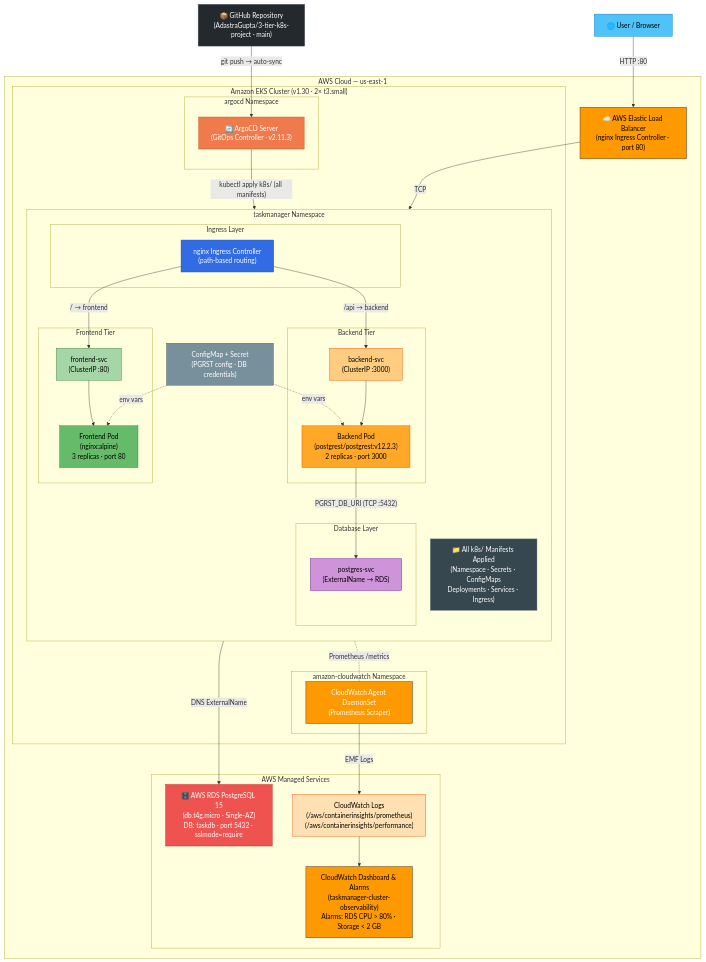
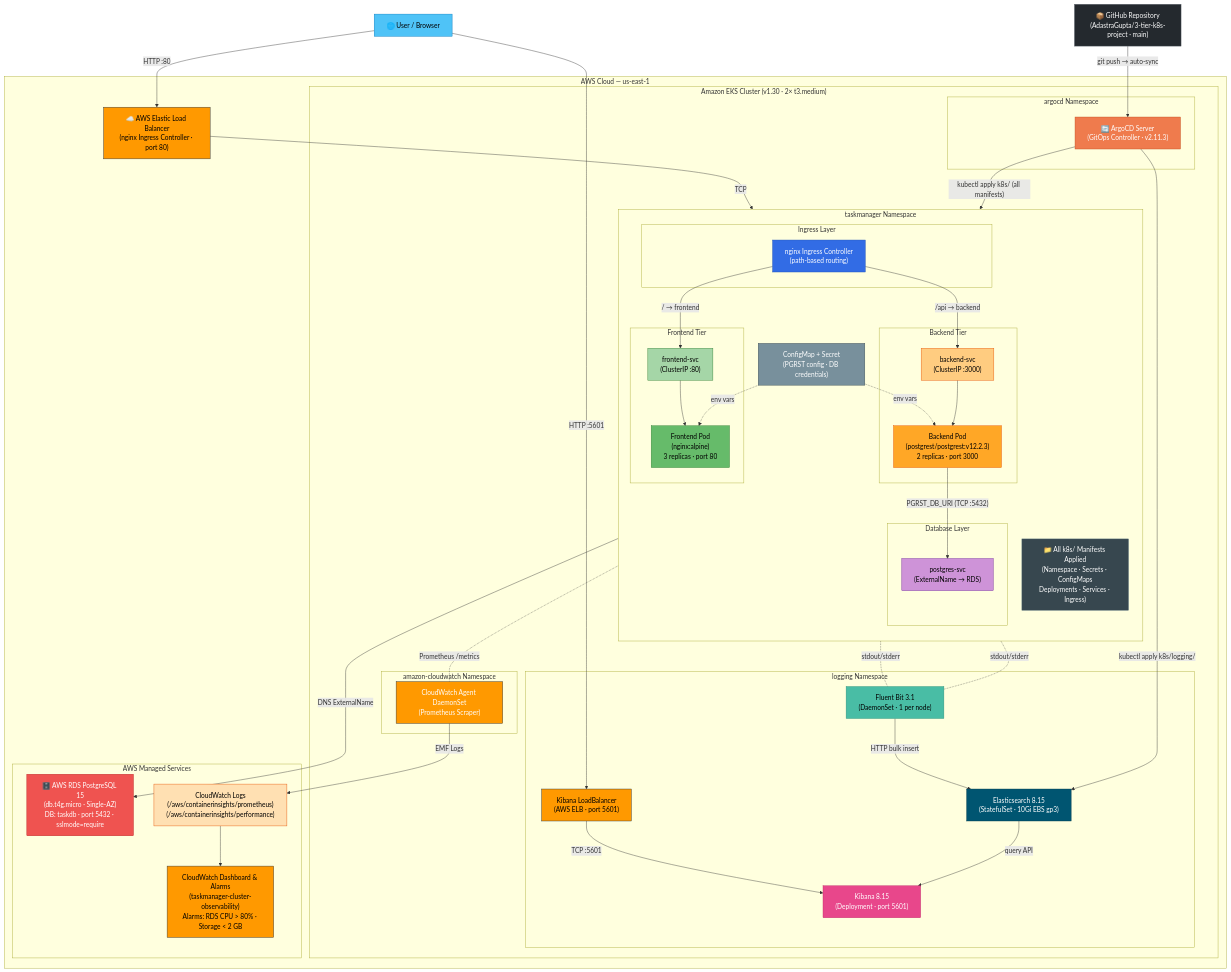
The diagram in README.md (AdastraGupta/3-tier-k8s-project), drawn with Mermaid before and after one commit. The commit also changed other lines of this file and 9 other files, not shown here.

First line of the commit message:
feat: add EFK logging stack (Helm) + Terraform CI/CD pipeline

````diff
--- a/README.md
+++ b/README.md
@@ -12,7 +12,7 @@
     subgraph "AWS Cloud — us-east-1"
         ING_ELB["☁️ AWS Elastic Load Balancer\n(nginx Ingress Controller · port 80)"]
 
-        subgraph "Amazon EKS Cluster (v1.30 · 2× t3.small)"
+        subgraph "Amazon EKS Cluster (v1.30 · 2× t3.medium)"
             subgraph "argocd Namespace"
                 ArgoCD["🔄 ArgoCD Server\n(GitOps Controller · v2.11.3)"]
             end
@@ -46,6 +46,13 @@
             subgraph "amazon-cloudwatch Namespace"
                 CWAgent["CloudWatch Agent DaemonSet\n(Prometheus Scraper)"]
             end
+
+            subgraph "logging Namespace"
+                ES["Elasticsearch 8.15\n(StatefulSet · 10Gi EBS gp3)"]
+                FB["Fluent Bit 3.1\n(DaemonSet · 1 per node)"]
+                KB["Kibana 8.15\n(Deployment · port 5601)"]
+                KB_ELB["Kibana LoadBalancer\n(AWS ELB · port 5601)"]
+            end
         end
 
         subgraph "AWS Managed Services"
@@ -58,6 +65,7 @@
     %% GitOps flow — ArgoCD syncs entire k8s/ dir to the cluster
     GitHub -->|"git push → auto-sync"| ArgoCD
     ArgoCD -->|"kubectl apply k8s/ (all manifests)"| TM_NS
+    ArgoCD -->|"kubectl apply k8s/logging/"| ES
 
     %% User traffic — single entry point via nginx Ingress Controller ELB
     User -->|"HTTP :80"| ING_ELB
@@ -75,10 +83,18 @@
     CM -.->|"env vars"| FD
     CM -.->|"env vars"| BD
 
-    %% Observability
+    %% Observability — CloudWatch
     BD -.-|"Prometheus /metrics"| CWAgent
     CWAgent -->|"EMF Logs"| CWLogs
     CWLogs --> CWDash
+
+    %% EFK Logging — Fluent Bit collects all container logs
+    FD -.-|"stdout/stderr"| FB
+    BD -.-|"stdout/stderr"| FB
+    FB -->|"HTTP bulk insert"| ES
+    ES -->|"query API"| KB
+    KB_ELB -->|"TCP :5601"| KB
+    User -->|"HTTP :5601"| KB_ELB
 
     %% Styles
     style User fill:#4FC3F7,stroke:#0277BD,color:#000
@@ -97,4 +113,8 @@
     style CWLogs fill:#FFE0B2,stroke:#E65100,color:#000
     style CWDash fill:#FF9900,stroke:#232F3E,color:#000
     style CM fill:#78909C,stroke:#37474F,color:#fff
+    style ES fill:#005571,stroke:#003A4D,color:#fff
+    style FB fill:#49BDA5,stroke:#2D8F7B,color:#000
+    style KB fill:#E8478B,stroke:#C12D6B,color:#fff
+    style KB_ELB fill:#FF9900,stroke:#232F3E,color:#000
 ```
````
